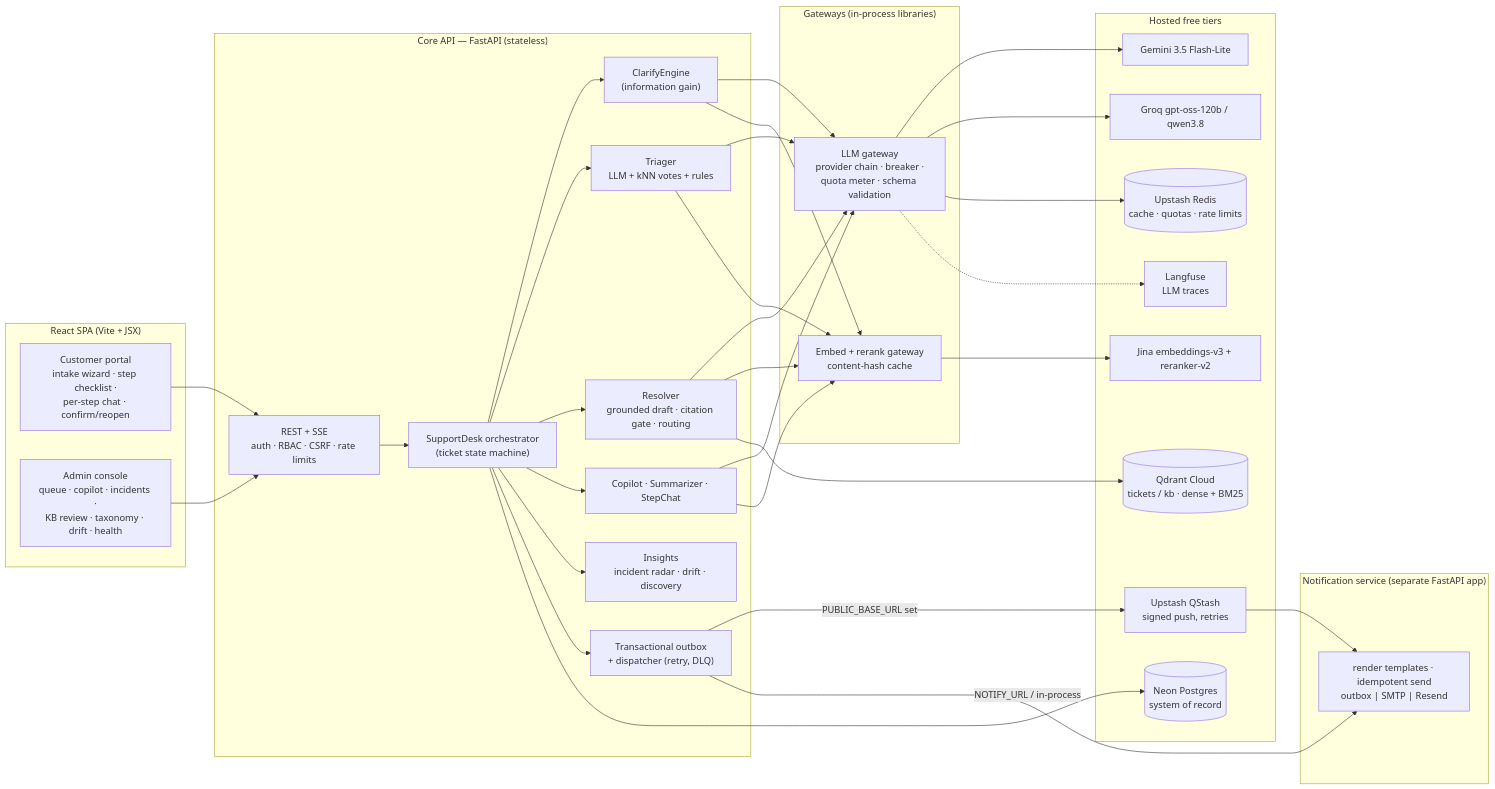
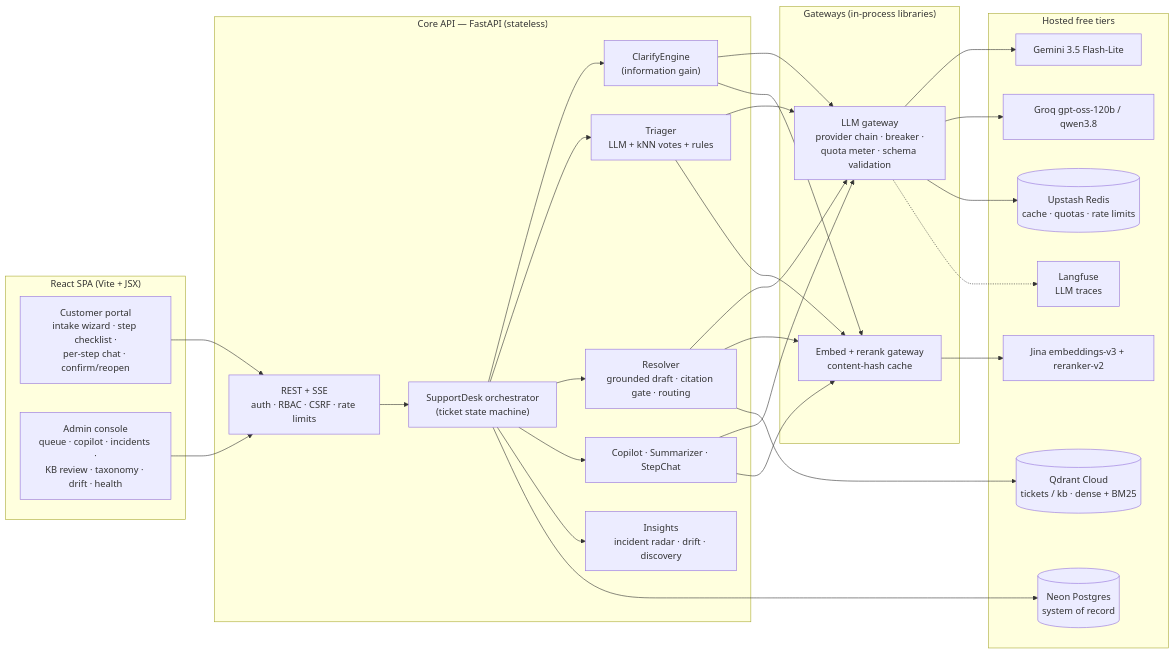
Before and after one commit to JJ1210-spec/telecom-support-resolution-assistant: the first of 4 diagrams in docs/architecture.md, drawn with Mermaid. The commit also changed other lines of this file and 31 other files, not shown here.

````diff
--- a/docs/architecture.md
+++ b/docs/architecture.md
@@ -12,50 +12,42 @@
 ```mermaid
 flowchart LR
   subgraph Client["React SPA (Vite + JSX)"]
     C["Customer portal<br/>intake wizard · step checklist ·<br/>per-step chat · confirm/reopen"]
     A["Admin console<br/>queue · copilot · incidents ·<br/>KB review · taxonomy · drift · health"]
   end
 
   subgraph Core["Core API — FastAPI (stateless)"]
     API["REST + SSE<br/>auth · RBAC · CSRF · rate limits"]
     DESK["SupportDesk orchestrator<br/>(ticket state machine)"]
     CLR["ClarifyEngine<br/>(information gain)"]
     TRI["Triager<br/>LLM + kNN votes + rules"]
     RES["Resolver<br/>grounded draft · citation gate · routing"]
     AST["Copilot · Summarizer · StepChat"]
     INS["Insights<br/>incident radar · drift · discovery"]
-    OUT["Transactional outbox<br/>+ dispatcher (retry, DLQ)"]
-  end
-
-  subgraph Notify["Notification service (separate FastAPI app)"]
-    NS["render templates · idempotent send<br/>outbox | SMTP | Resend"]
   end
 
   subgraph Gateways["Gateways (in-process libraries)"]
     LLMG["LLM gateway<br/>provider chain · breaker ·<br/>quota meter · schema validation"]
     EMB["Embed + rerank gateway<br/>content-hash cache"]
   end
 
   subgraph Hosted["Hosted free tiers"]
     GEM["Gemini 3.5 Flash-Lite"]
     GROQ["Groq gpt-oss-120b / qwen3.8"]
     JINA["Jina embeddings-v3 + reranker-v2"]
     QD[("Qdrant Cloud<br/>tickets / kb · dense + BM25")]
     PG[("Neon Postgres<br/>system of record")]
     RD[("Upstash Redis<br/>cache · quotas · rate limits")]
-    QS["Upstash QStash<br/>signed push, retries"]
     LF["Langfuse<br/>LLM traces"]
   end
 
   C & A --> API --> DESK
-  DESK --> CLR & TRI & RES & AST & INS & OUT
+  DESK --> CLR & TRI & RES & AST & INS
   CLR & TRI & RES & AST --> LLMG & EMB
   LLMG --> GEM & GROQ
   EMB --> JINA
   RES --> QD
   DESK --> PG
   LLMG --> RD
-  OUT -- "PUBLIC_BASE_URL set" --> QS --> NS
-  OUT -- "NOTIFY_URL / in-process" --> NS
   LLMG -.-> LF
 ```
````
